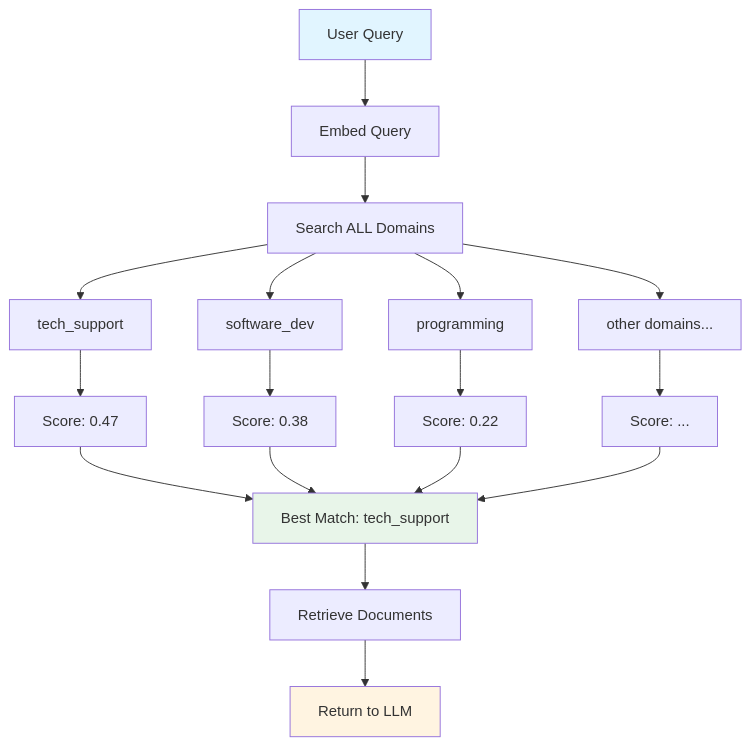
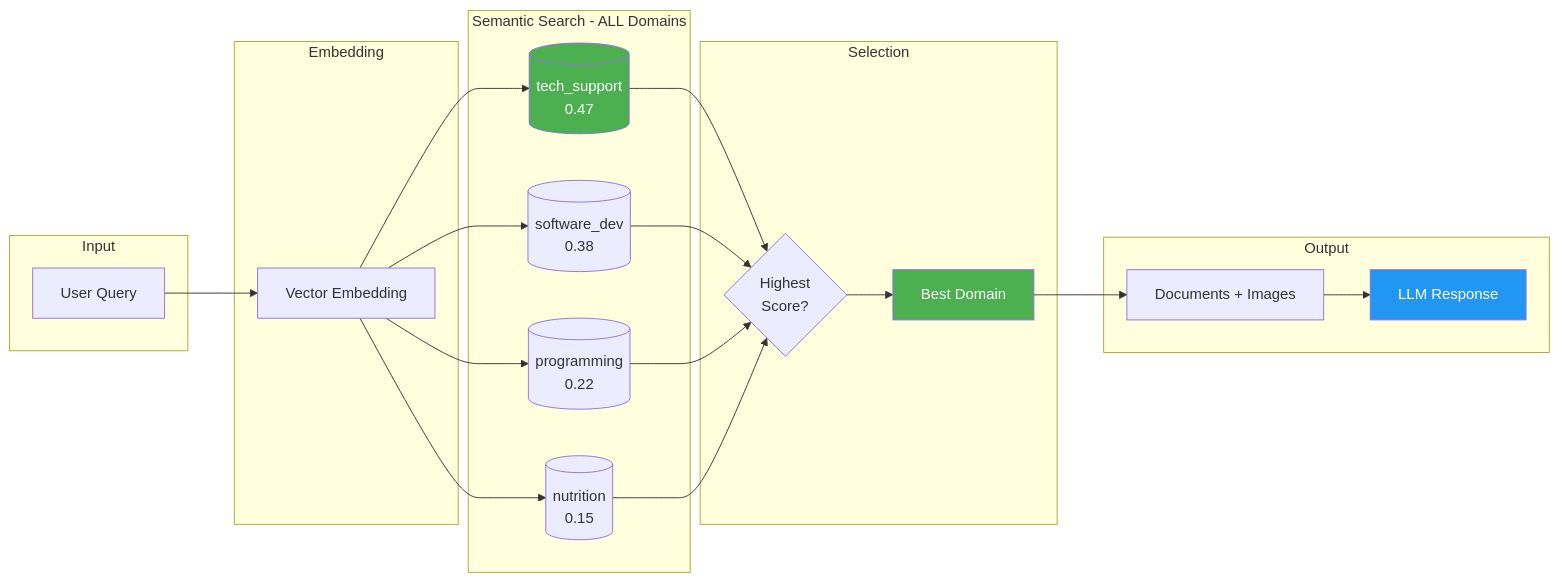
Before and after one commit to rbasina/meetara-core: the sixth of 6 diagrams in docs/ARCHITECTURE.md, drawn with Mermaid.

Commit message:
docs: Improved mermaid diagram with subgraphs and better styling

````diff
--- a/docs/ARCHITECTURE.md
+++ b/docs/ARCHITECTURE.md
@@ -363,27 +363,46 @@
 ```mermaid
-graph TB
-    A[User Query] --> B[Embed Query]
-    B --> C[Search ALL Domains]
+flowchart LR
+    subgraph Input
+        A[User Query]
+    end
     
-    C --> D1[tech_support]
-    C --> D2[software_dev]
-    C --> D3[programming]
-    C --> D4[other domains...]
+    subgraph Embedding
+        B[Vector Embedding]
+    end
     
-    D1 --> E1[Score: 0.47]
-    D2 --> E2[Score: 0.38]
-    D3 --> E3[Score: 0.22]
-    D4 --> E4[Score: ...]
+    subgraph SemanticSearch[Semantic Search - ALL Domains]
+        D1[(tech_support\n0.47)]
+        D2[(software_dev\n0.38)]
+        D3[(programming\n0.22)]
+        D4[(nutrition\n0.15)]
+    end
     
-    E1 --> F[Best Match: tech_support]
-    E2 --> F
-    E3 --> F
-    E4 --> F
+    subgraph Selection
+        F{Highest\nScore?}
+        G[Best Domain]
+    end
     
-    F --> G[Retrieve Documents]
-    G --> H[Return to LLM]
+    subgraph Output
+        H[Documents + Images]
+        I[LLM Response]
+    end
     
-    style A fill:#e1f5ff
-    style F fill:#e8f5e9
-    style H fill:#fff4e1
+    A --> B
+    B --> D1
+    B --> D2
+    B --> D3
+    B --> D4
+    
+    D1 --> F
+    D2 --> F
+    D3 --> F
+    D4 --> F
+    
+    F --> G
+    G --> H
+    H --> I
+    
+    style D1 fill:#4CAF50,color:#fff
+    style G fill:#4CAF50,color:#fff
+    style I fill:#2196F3,color:#fff
 ```
````
